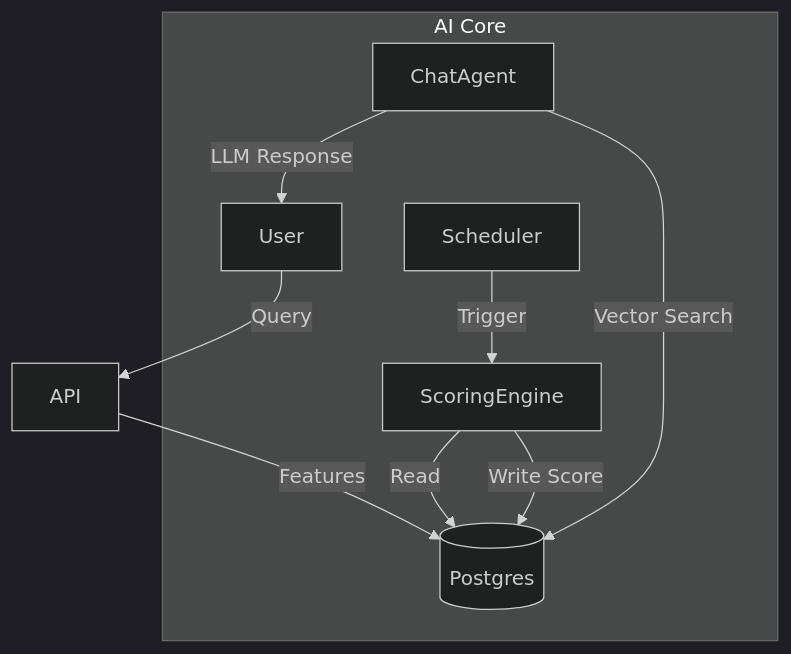
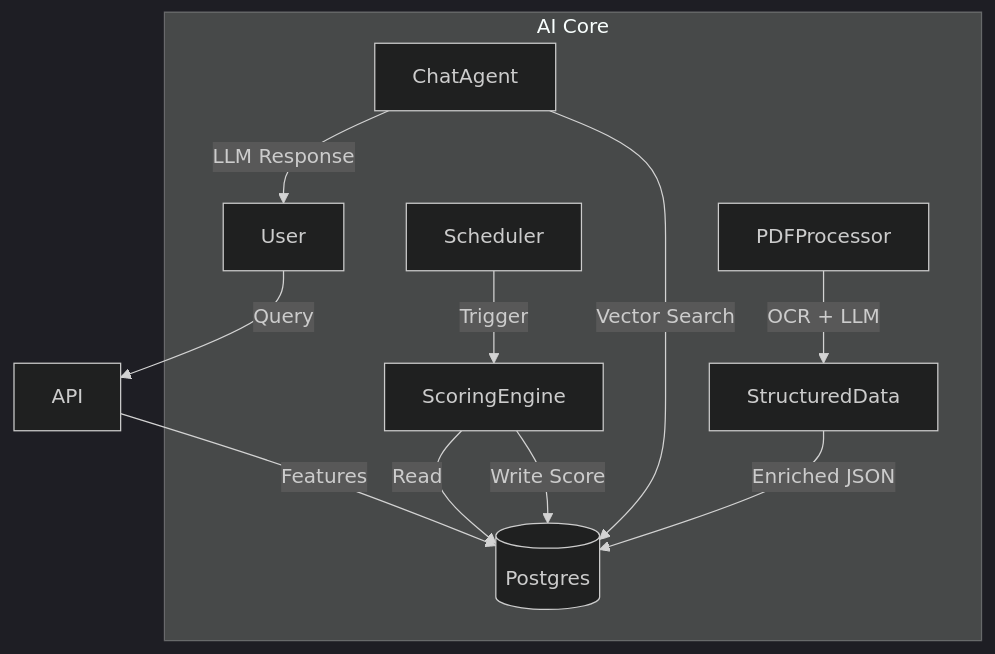
Before and after one commit to sakettamrakar/realmap: the diagram in docs/03-ai/AI_Overview.md, drawn with Mermaid (dark theme). The commit also changed other lines of this file and 195 other files, not shown here.

````diff
--- a/docs/03-ai/AI_Overview.md
+++ b/docs/03-ai/AI_Overview.md
@@ -28,14 +28,17 @@
 ```mermaid
 graph TD
     User -->|Query| API
     API -->|Features| DB[(Postgres)]
     
     subgraph "AI Core"
         Scheduler -->|Trigger| ScoringEngine
         ScoringEngine -->|Read| DB
         ScoringEngine -->|Write Score| DB
         
         ChatAgent -->|Vector Search| DB
         ChatAgent -->|LLM Response| User
+        
+        PDFProcessor -->|OCR + LLM| StructuredData
+        StructuredData -->|Enriched JSON| DB
     end
 ```
````
